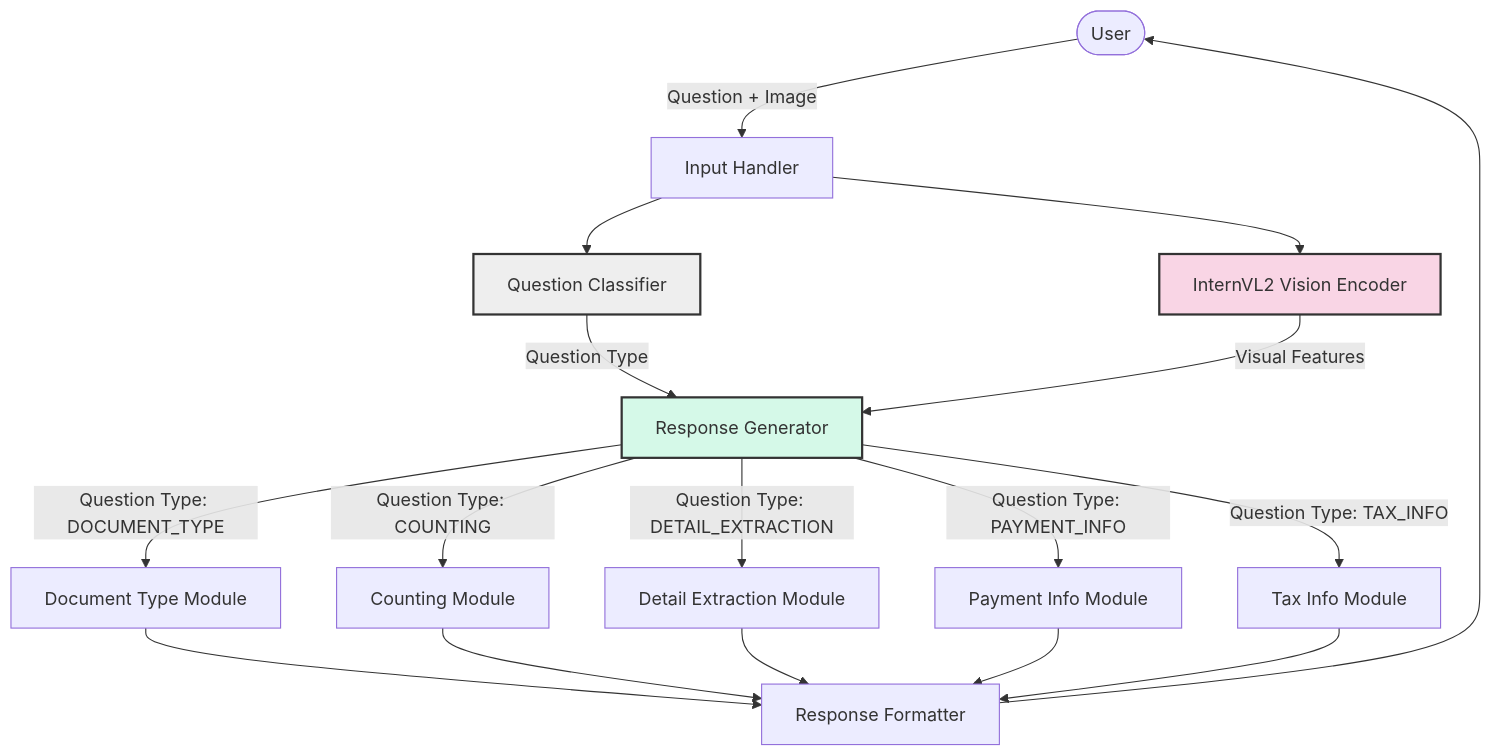
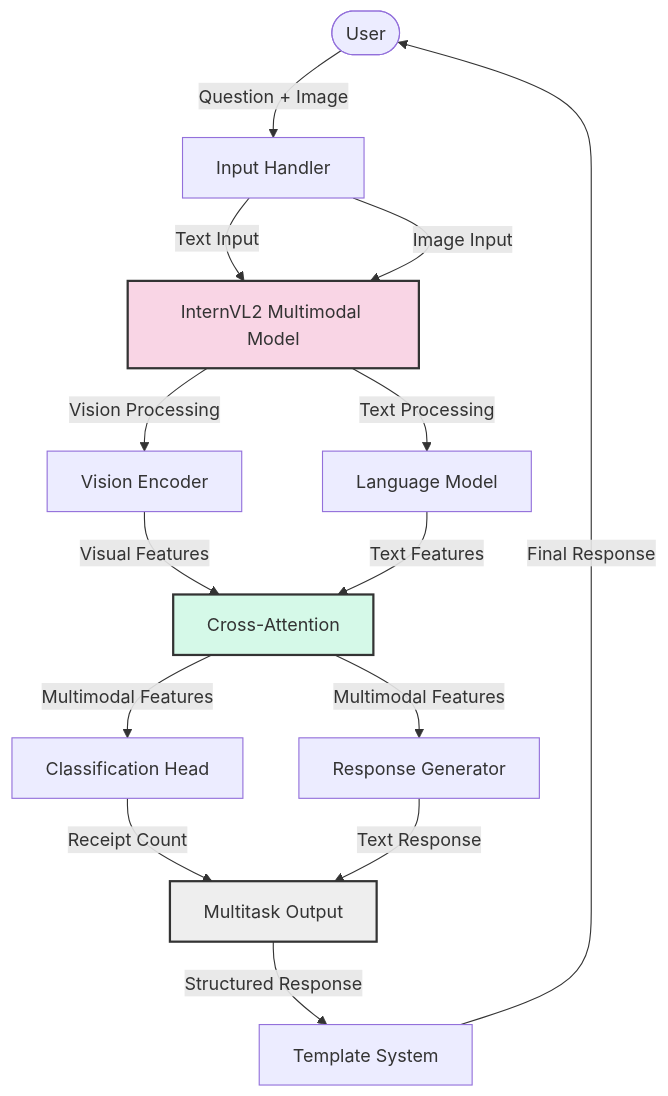
The first of 4 diagrams in README.md (tmnestor/InternVL_V2), drawn with Mermaid before and after one commit. The commit also changed other lines of this file and 57 other files, not shown here.

````diff
--- a/README.md
+++ b/README.md
@@ -17,27 +18,26 @@
 ```mermaid
 graph TD
     User([User]) --> |Question + Image| InputHandler[Input Handler]
-    InputHandler --> QuestionClassifier[Question Classifier]
-    InputHandler --> InternVL2[InternVL2 Vision Encoder]
+    InputHandler --> |Text Input| InternVL2[InternVL2 Multimodal Model]
+    InputHandler --> |Image Input| InternVL2
     
-    QuestionClassifier --> |Question Type| ResponseGen[Response Generator]
-    InternVL2 --> |Visual Features| ResponseGen
+    InternVL2 --> |Vision Processing| VisionEncoder[Vision Encoder]
+    InternVL2 --> |Text Processing| TextEncoder[Language Model]
     
-    ResponseGen --> |Question Type: DOCUMENT_TYPE| DocType[Document Type Module]
-    ResponseGen --> |Question Type: COUNTING| Counting[Counting Module]
-    ResponseGen --> |Question Type: DETAIL_EXTRACTION| Details[Detail Extraction Module]
-    ResponseGen --> |Question Type: PAYMENT_INFO| Payment[Payment Info Module]
-    ResponseGen --> |Question Type: TAX_INFO| Tax[Tax Info Module]
+    VisionEncoder --> |Visual Features| CrossAttention[Cross-Attention]
+    TextEncoder --> |Text Features| CrossAttention
     
-    DocType --> Response[Response Formatter]
-    Counting --> Response
-    Details --> Response
-    Payment --> Response
-    Tax --> Response
+    CrossAttention --> |Multimodal Features| ClassHead[Classification Head]
+    CrossAttention --> |Multimodal Features| ResponseGen[Response Generator]
     
-    Response --> User
+    ClassHead --> |Receipt Count| MultitaskOutput[Multitask Output]
+    ResponseGen --> |Text Response| MultitaskOutput
+    
+    MultitaskOutput --> |Structured Response| TemplateSystem[Template System]
+    
+    TemplateSystem --> |Final Response| User
     
     style InternVL2 fill:#f9d5e5,stroke:#333,stroke-width:2px
-    style QuestionClassifier fill:#eeeeee,stroke:#333,stroke-width:2px
-    style ResponseGen fill:#d5f9e8,stroke:#333,stroke-width:2px
+    style CrossAttention fill:#d5f9e8,stroke:#333,stroke-width:2px
+    style MultitaskOutput fill:#eeeeee,stroke:#333,stroke-width:2px
 ```
````
